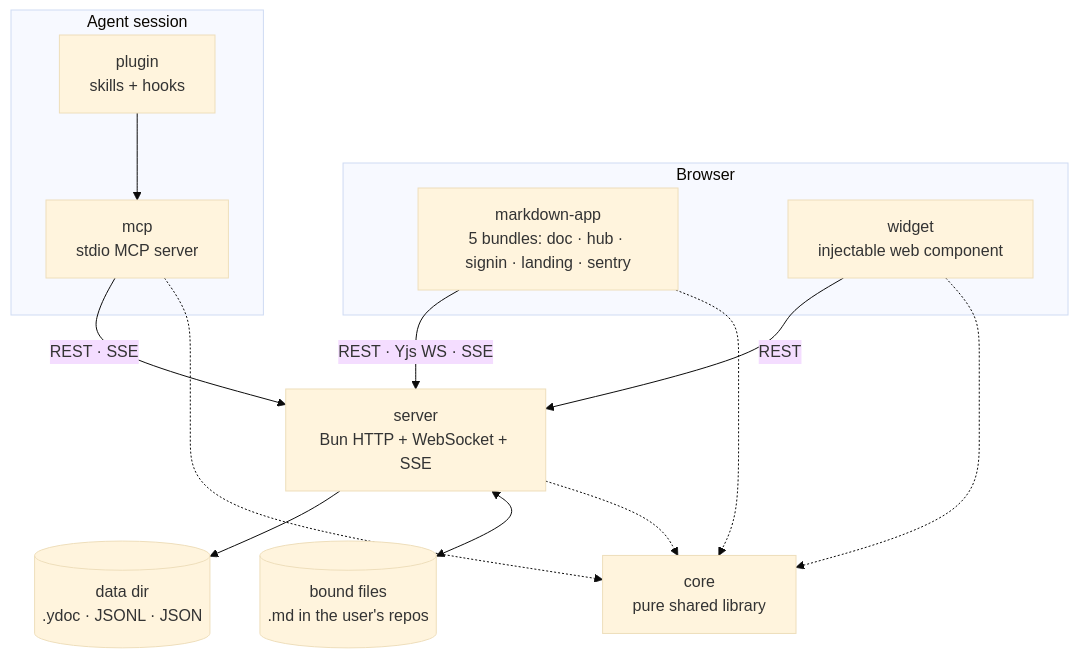
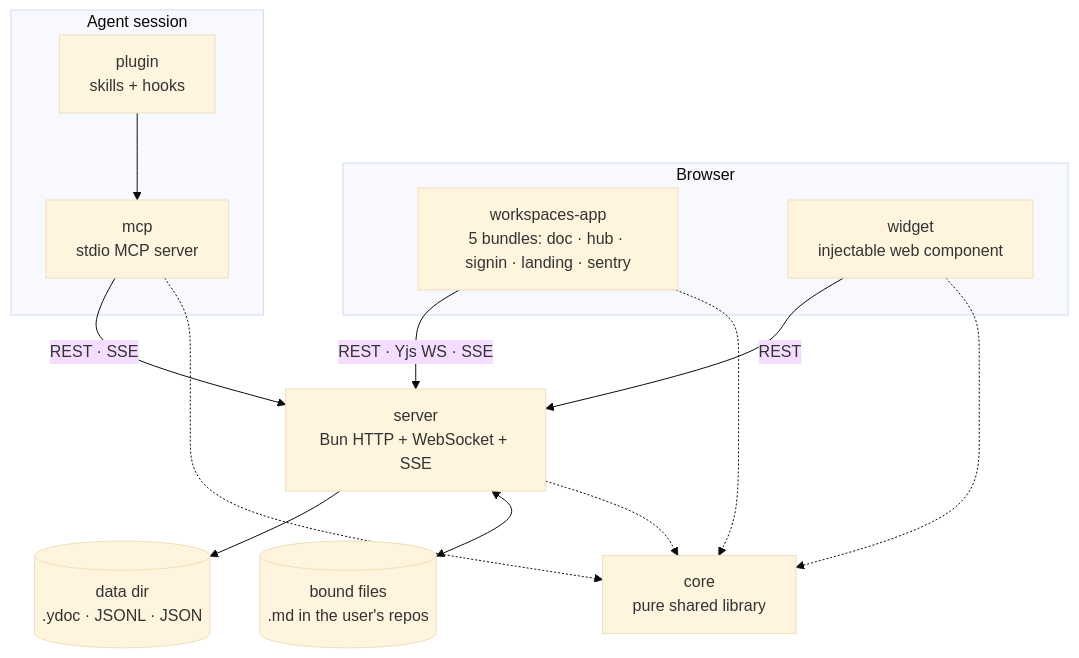
One commit to fryanpan/claude-live-feedback-plugin changed the first of 6 diagrams in docs/architecture/overview.md. Above: the diagram before and after it, drawn with Mermaid (base theme). The commit also changed other lines of this file and 97 other files, not shown here.

````diff
--- a/docs/architecture/overview.md
+++ b/docs/architecture/overview.md
@@ -39,26 +39,26 @@
 ```mermaid
 flowchart TB
   subgraph browser[Browser]
-    app["markdown-app<br/>5 bundles: doc · hub · signin · landing · sentry"]
+    app["workspaces-app<br/>5 bundles: doc · hub · signin · landing · sentry"]
     wid["widget<br/>injectable web component"]
   end
   subgraph agent[Agent session]
     mcp["mcp<br/>stdio MCP server"]
     plug["plugin<br/>skills + hooks"]
   end
   srv["server<br/>Bun HTTP + WebSocket + SSE"]
   core["core<br/>pure shared library"]
   disk[("data dir<br/>.ydoc · JSONL · JSON")]
   files[("bound files<br/>.md in the user's repos")]
 
   app -->|REST · Yjs WS · SSE| srv
   wid -->|REST| srv
   plug --> mcp
   mcp -->|REST · SSE| srv
   srv --> disk
   srv <--> files
   app -.-> core
   srv -.-> core
   mcp -.-> core
   wid -.-> core
 ```
````
